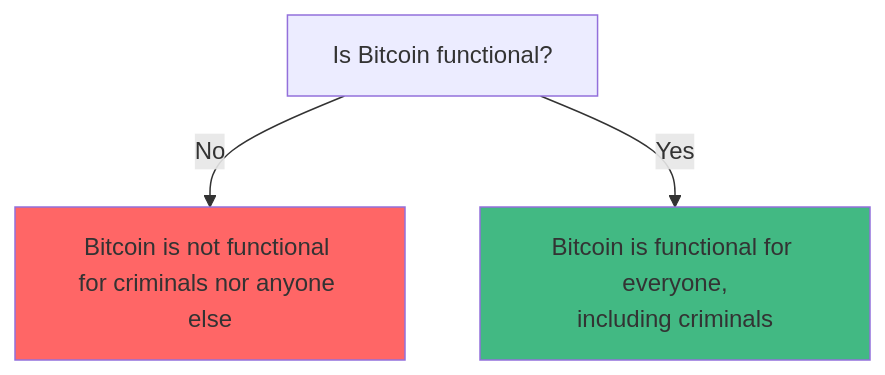
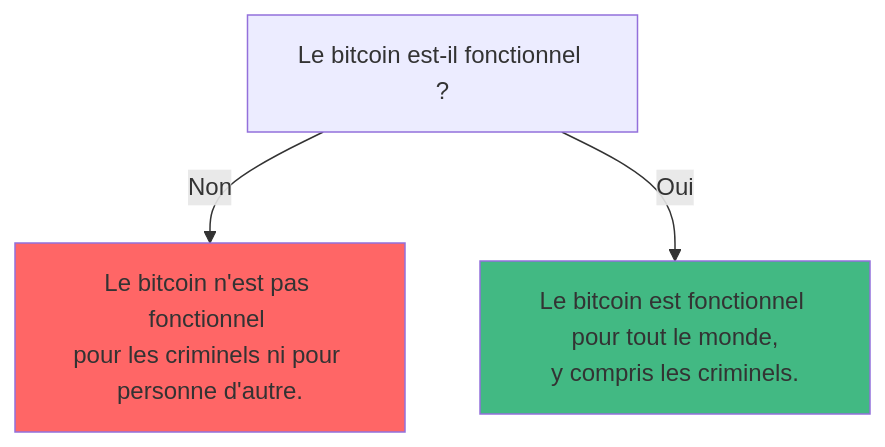
Before and after one commit to rene78/BitcoinMythBusters: the first of 2 diagrams in fr/README.md, drawn with Mermaid. The commit also changed other lines of this file, not shown here.

````diff
--- a/fr/README.md
+++ b/fr/README.md
@@ -54,8 +54,8 @@
   ```mermaid
   graph TD
-  A[Is Bitcoin functional?] --> |No| B[Bitcoin is not functional <br/>for criminals nor anyone else]
-  A --> |Yes| C[Bitcoin is functional for everyone,<br/>including criminals]
+  A[Le bitcoin est-il fonctionnel ?] --> |Non| B[Le bitcoin n'est pas fonctionnel <br/>pour les criminels ni pour personne d'autre.]
+  A --> |Oui| C[Le bitcoin est fonctionnel pour tout le monde,<br/>y compris les criminels.]
 
   style B fill:#ff6666
   style C fill:#42B983
   ```
````
